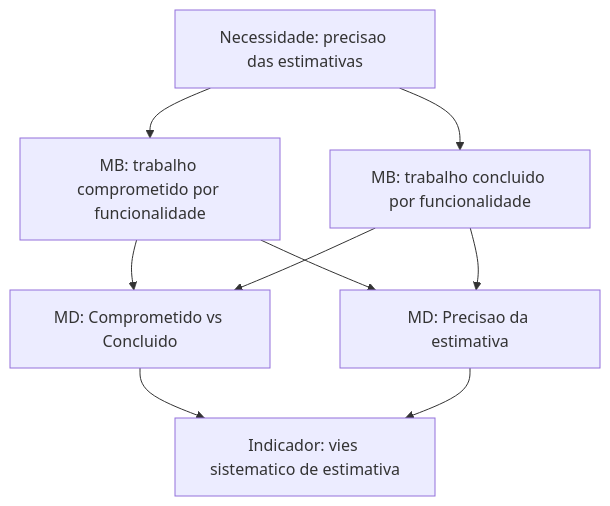
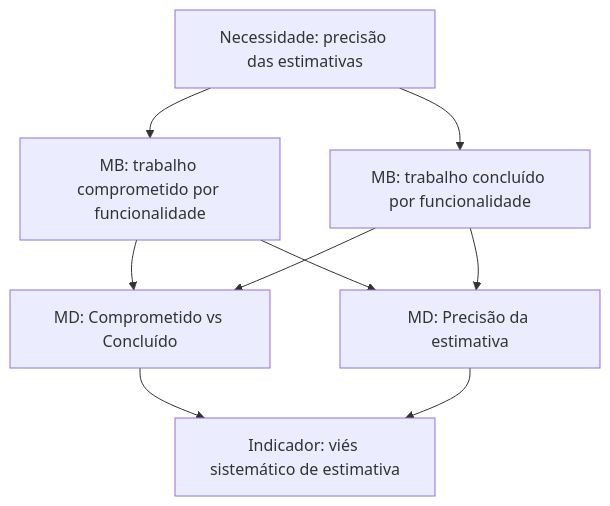
The second of 2 diagrams in docs/gestao-psm/recursos-e-custos.md (FCTE-Qualidade-de-Software-1/2026-2_T01_BETTY_SNYDER), drawn with Mermaid before and after one commit. The commit also changed other lines of this file and 4 other files, not shown here.

Commit message:
docs(psm): alinha diagramas ao modelo da Aula 09 e rotulos com espacos

````diff
--- a/docs/gestao-psm/recursos-e-custos.md
+++ b/docs/gestao-psm/recursos-e-custos.md
@@ -119,17 +119,17 @@
 ```mermaid
 flowchart TB
-  need2["Necessidade: precisao das estimativas"]
+  need2["Necessidade: precisão das estimativas"]
   comp["MB: trabalho comprometido por funcionalidade"]
-  done["MB: trabalho concluido por funcionalidade"]
-  ratio["MD: Comprometido vs Concluido"]
-  prec["MD: Precisao da estimativa"]
-  ind2["Indicador: vies sistematico de estimativa"]
+  done["MB: trabalho concluído por funcionalidade"]
+  ratio["MD: Comprometido vs Concluído"]
+  prec["MD: Precisão da estimativa"]
+  ind2["Indicador: viés sistemático de estimativa"]
   need2 --> comp
   need2 --> done
   comp --> ratio
   done --> ratio
   comp --> prec
   done --> prec
   ratio --> ind2
   prec --> ind2
 ```
````
